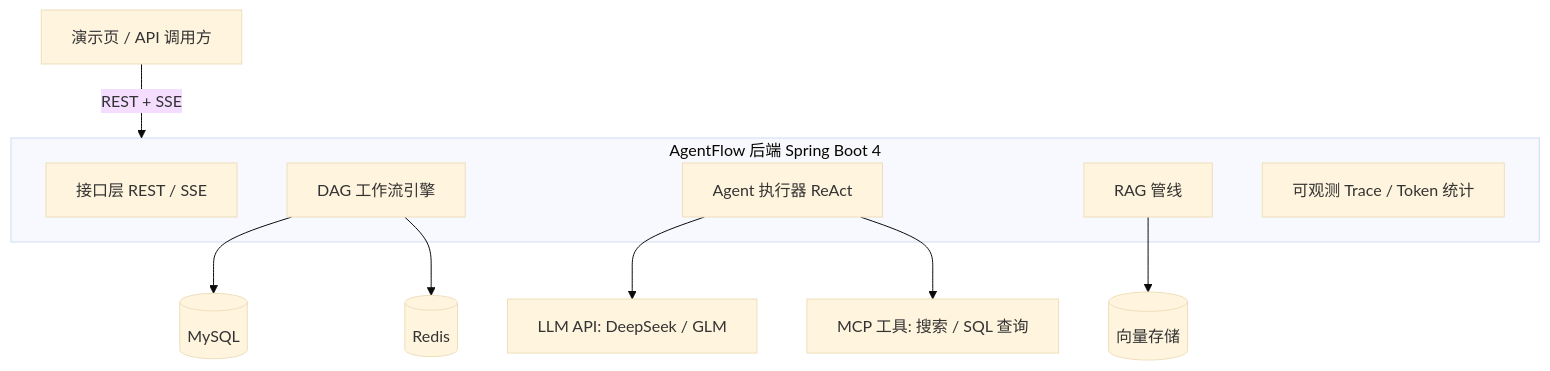
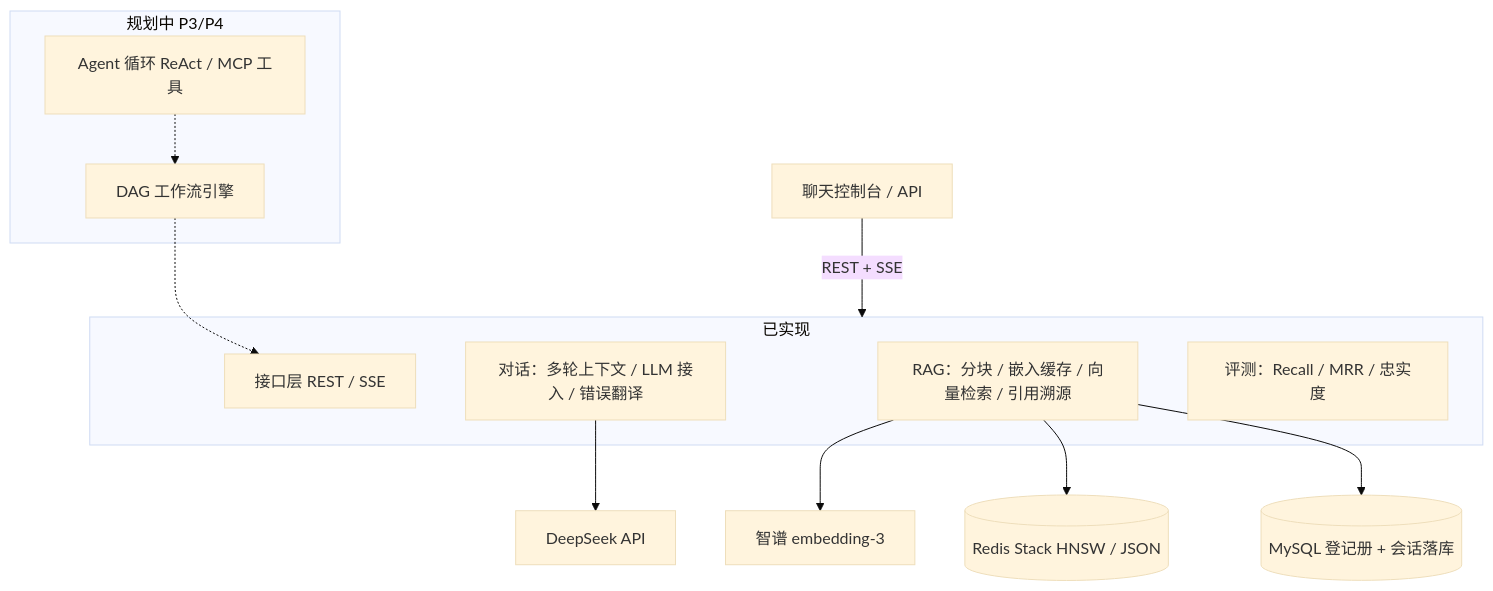
One commit to li-ziyin/AgentFlow changed the diagram in README.md. Above: the diagram before and after it, drawn with Mermaid (base theme). The commit also changed other lines of this file, not shown here.

Commit message:
docs: rewrite README to as-built state with eval metrics

````diff
--- a/README.md
+++ b/README.md
@@ -21,16 +43,20 @@
 ```mermaid
 flowchart TB
-    U[演示页 / API 调用方] -->|REST + SSE| APP[AgentFlow 后端]
-    subgraph APP[AgentFlow 后端 Spring Boot 4]
+    U[聊天控制台 / API] -->|REST + SSE| APP[AgentFlow 后端 Spring Boot 4]
+    subgraph APP[已实现]
         GW[接口层 REST / SSE]
+        CHAT[对话：多轮上下文 / LLM 接入 / 错误翻译]
+        RAG[RAG：分块 / 嵌入缓存 / 向量检索 / 引用溯源]
+        EVAL[评测：Recall / MRR / 忠实度]
+    end
+    subgraph PLAN[规划中 P3/P4]
         WF[DAG 工作流引擎]
-        AG[Agent 执行器 ReAct]
-        RAG[RAG 管线]
-        OBS[可观测 Trace / Token 统计]
+        AG[Agent 循环 ReAct / MCP 工具]
     end
-    AG --> LLM[LLM API: DeepSeek / GLM]
-    AG --> MCP[MCP 工具: 搜索 / SQL 查询]
-    RAG --> VDB[(向量存储)]
-    WF --> DB[(MySQL)]
-    WF --> RD[(Redis)]
+    CHAT --> LLM[DeepSeek API]
+    RAG --> EMB[智谱 embedding-3]
+    RAG --> VDB[(Redis Stack HNSW / JSON)]
+    RAG --> DB[(MySQL 登记册 + 会话落库)]
+    WF -.-> GW
+    AG -.-> WF
 ```
````
